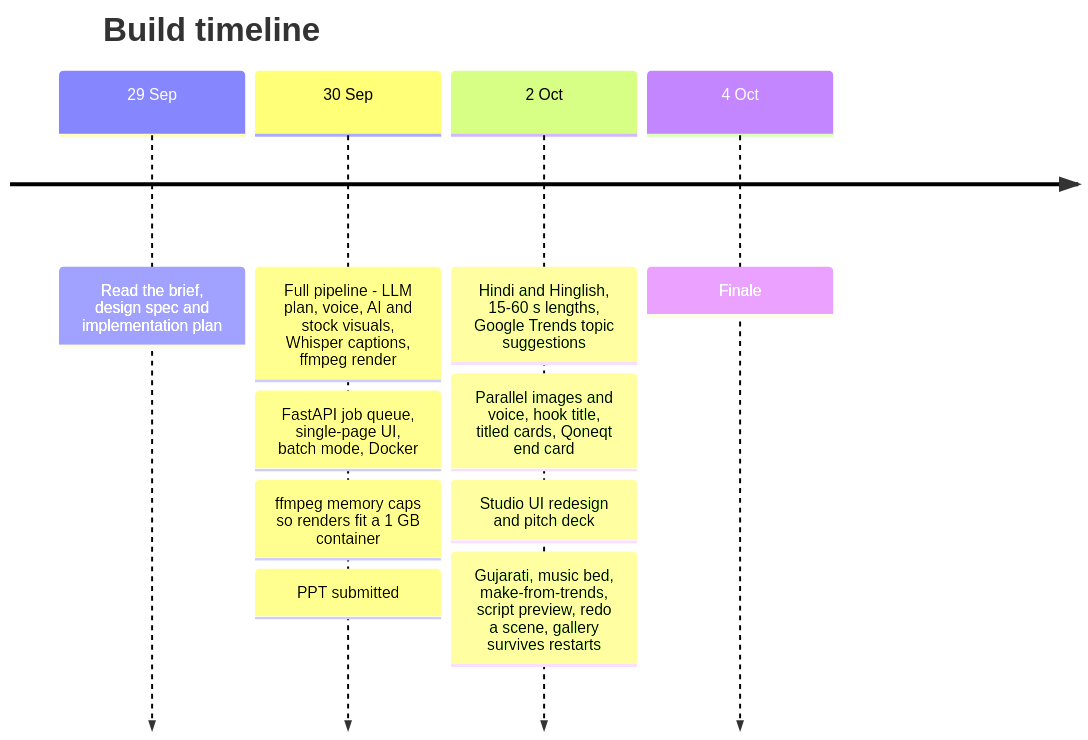
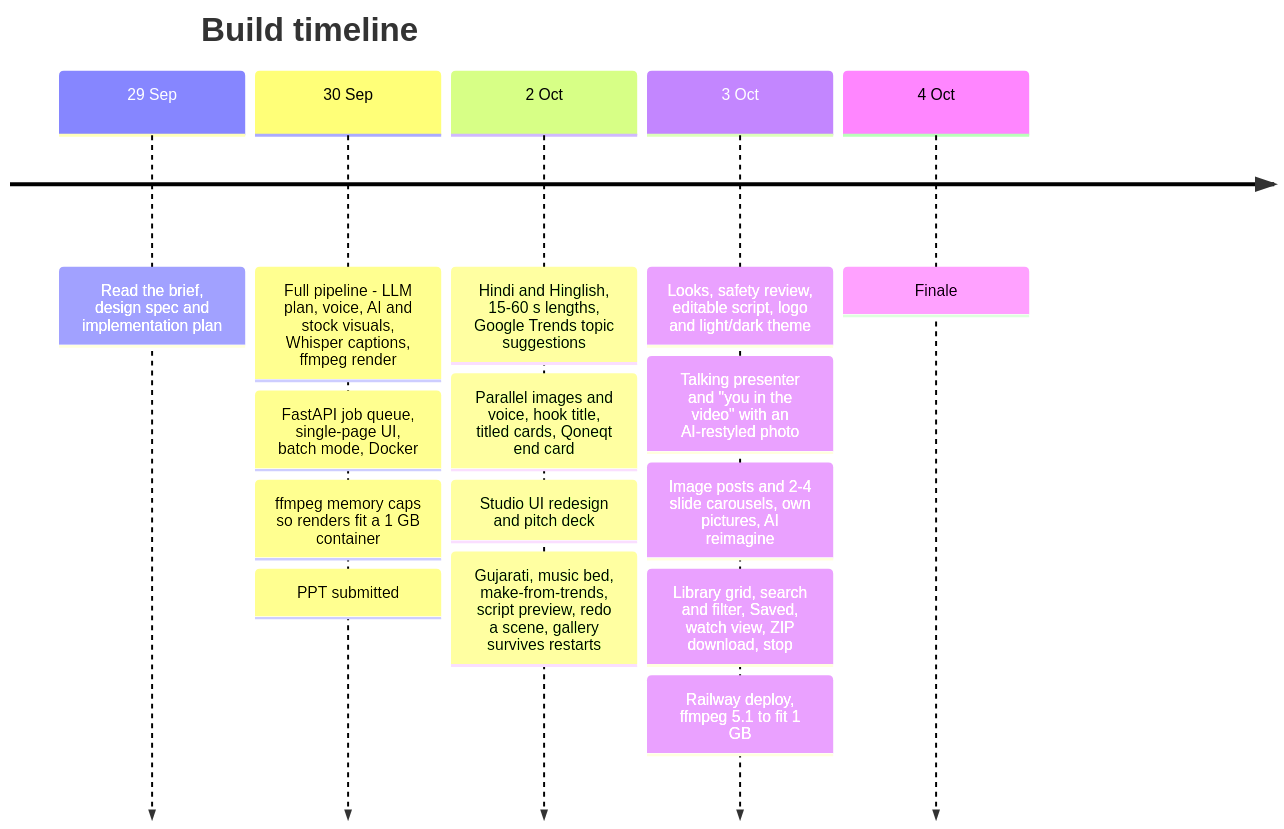
Before and after one commit to darshit001/hackthn: the eighth of 9 diagrams in README.md, drawn with Mermaid. The commit also changed other lines of this file, not shown here.

Commit message:
feat: enhance README with details on image posts, user photos, and deployment instructions

````diff
--- a/README.md
+++ b/README.md
@@ -351,14 +389,19 @@
 ```mermaid
 timeline
     title Build timeline
     29 Sep : Read the brief, design spec and implementation plan
     30 Sep : Full pipeline - LLM plan, voice, AI and stock visuals, Whisper captions, ffmpeg render
            : FastAPI job queue, single-page UI, batch mode, Docker
            : ffmpeg memory caps so renders fit a 1 GB container
            : PPT submitted
     2 Oct  : Hindi and Hinglish, 15-60 s lengths, Google Trends topic suggestions
            : Parallel images and voice, hook title, titled cards, Qoneqt end card
            : Studio UI redesign and pitch deck
            : Gujarati, music bed, make-from-trends, script preview, redo a scene, gallery survives restarts
+    3 Oct  : Looks, safety review, editable script, logo and light/dark theme
+           : Talking presenter and "you in the video" with an AI-restyled photo
+           : Image posts and 2-4 slide carousels, own pictures, AI reimagine
+           : Library grid, search and filter, Saved, watch view, ZIP download, stop
+           : Railway deploy, ffmpeg 5.1 to fit 1 GB
     4 Oct  : Finale
 ```
````
